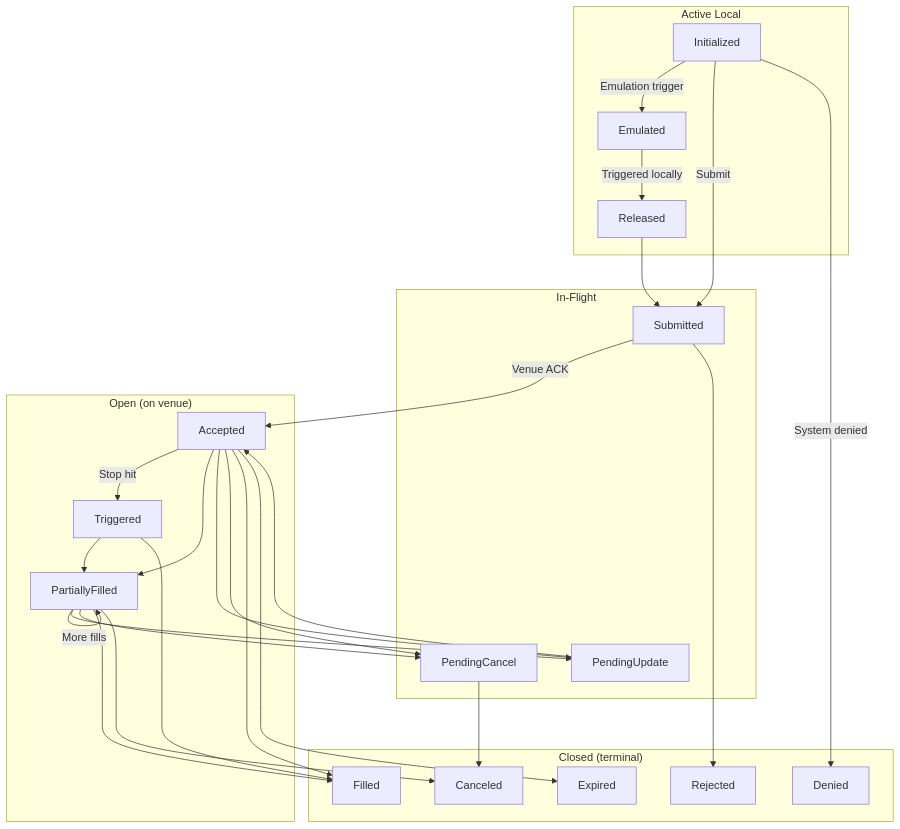
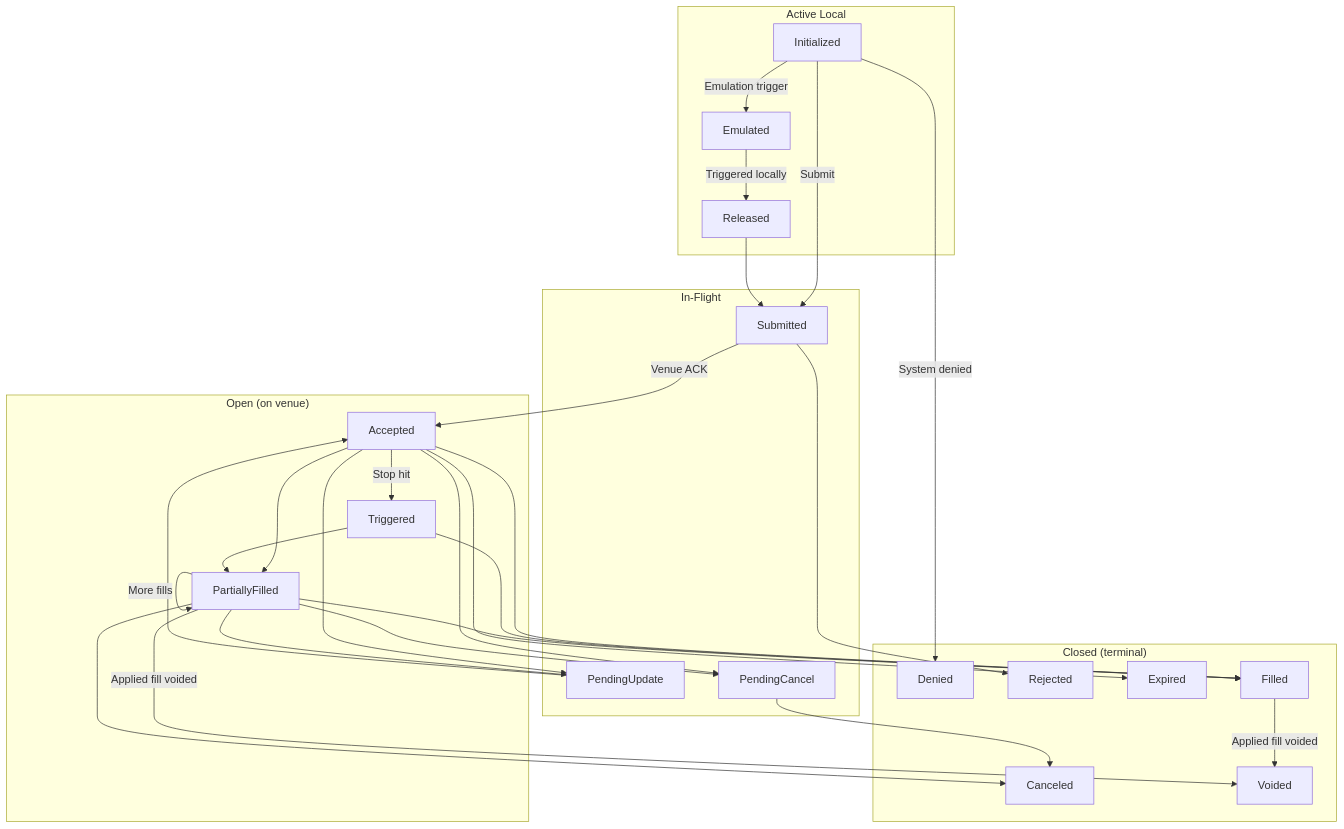
Before and after one commit to brianmok888/nautilus-trader-dev-skill: the diagram in skills/nt-trading/references/concepts/orders.md, drawn with Mermaid. The commit also changed other lines of this file and 81 other files, not shown here.

````diff
--- a/skills/nt-trading/references/concepts/orders.md
+++ b/skills/nt-trading/references/concepts/orders.md
@@ -66,55 +67,58 @@
 ```mermaid
 flowchart TB
     subgraph local ["Active Local"]
         Initialized
         Emulated
         Released
     end
 
     subgraph flight ["In-Flight"]
         Submitted
         PendingUpdate
         PendingCancel
     end
 
     subgraph open ["Open (on venue)"]
         Accepted
         Triggered
         PartiallyFilled
     end
 
     subgraph closed ["Closed (terminal)"]
         Denied
         Rejected
         Canceled
         Expired
         Filled
+        Voided
     end
 
     Initialized -->|"Emulation trigger"| Emulated
     Initialized -->|"Submit"| Submitted
     Initialized -->|"System denied"| Denied
     Emulated -->|"Triggered locally"| Released
     Released --> Submitted
 
     Submitted -->|"Venue ACK"| Accepted
     Submitted --> Rejected
 
     Accepted -->|"Stop hit"| Triggered
     Accepted --> PartiallyFilled
     Triggered --> PartiallyFilled
     PartiallyFilled -->|"More fills"| PartiallyFilled
 
     Accepted --> PendingUpdate
     Accepted --> PendingCancel
     PartiallyFilled --> PendingUpdate
     PartiallyFilled --> PendingCancel
     PendingUpdate --> Accepted
     PendingCancel --> Canceled
 
     Accepted --> Filled
     Triggered --> Filled
     PartiallyFilled --> Filled
     PartiallyFilled --> Canceled
     Accepted --> Expired
+    Filled -->|"Applied fill voided"| Voided
+    PartiallyFilled -->|"Applied fill voided"| Voided
 ```
````
